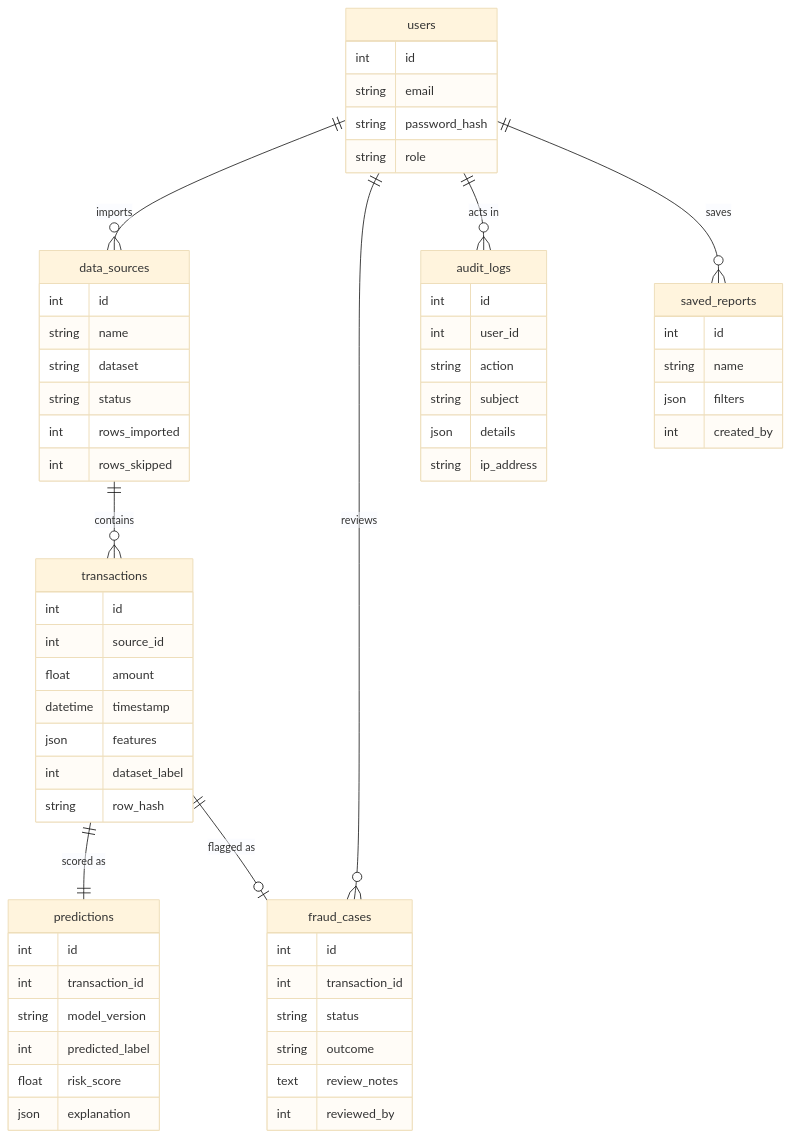
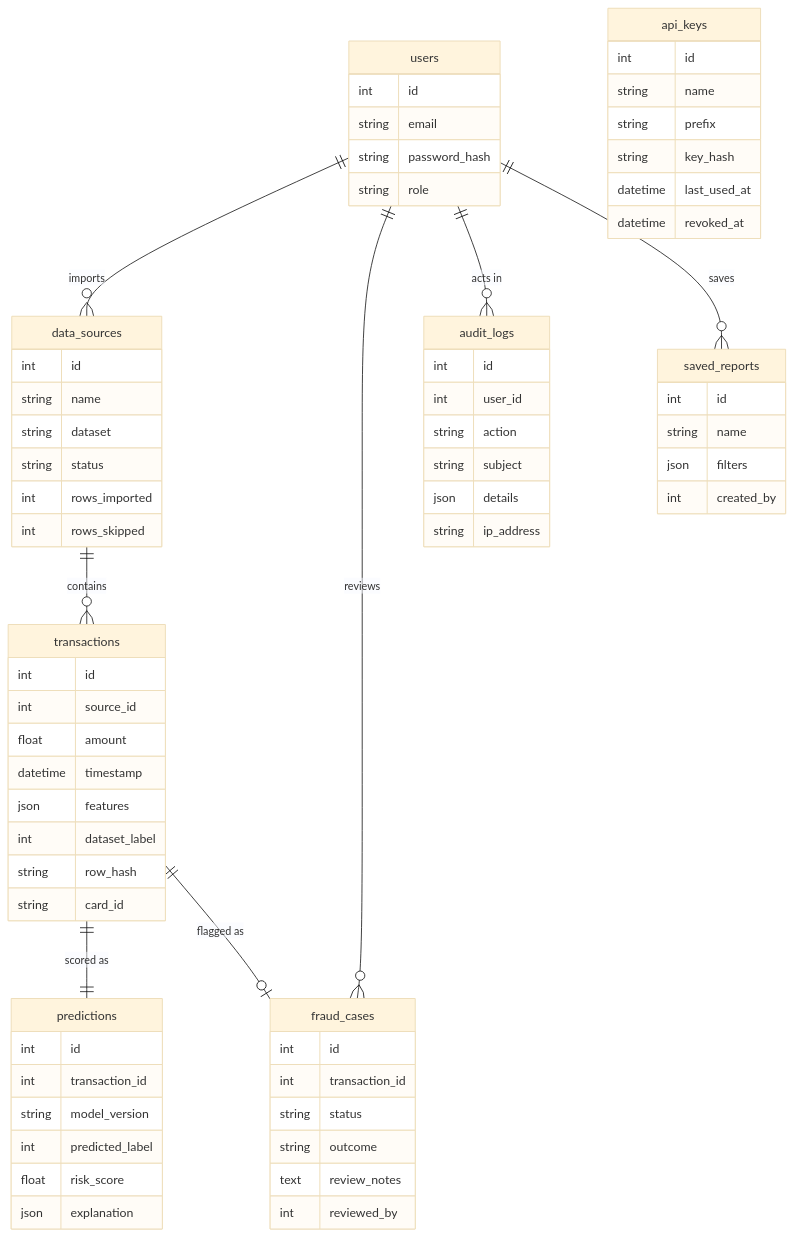
The third of 3 diagrams in docs/ARCHITECTURE.md (Im-manojkumar/Secure-Bank), drawn with Mermaid (base theme) before and after one commit. The commit also changed other lines of this file and 11 other files, not shown here.

````diff
--- a/docs/ARCHITECTURE.md
+++ b/docs/ARCHITECTURE.md
@@ -66,64 +66,73 @@
 ```mermaid
 erDiagram
     users ||--o{ data_sources : imports
     users ||--o{ fraud_cases : reviews
     users ||--o{ audit_logs : "acts in"
     users ||--o{ saved_reports : saves
     data_sources ||--o{ transactions : contains
     transactions ||--|| predictions : "scored as"
     transactions ||--o| fraud_cases : "flagged as"
 
     users {
         int id
         string email
         string password_hash
         string role
     }
     data_sources {
         int id
         string name
         string dataset
         string status
         int rows_imported
         int rows_skipped
     }
     transactions {
         int id
         int source_id
         float amount
         datetime timestamp
         json features
         int dataset_label
         string row_hash
+        string card_id
     }
     predictions {
         int id
         int transaction_id
         string model_version
         int predicted_label
         float risk_score
         json explanation
     }
     fraud_cases {
         int id
         int transaction_id
         string status
         string outcome
         text review_notes
         int reviewed_by
     }
     saved_reports {
         int id
         string name
         json filters
         int created_by
     }
+    api_keys {
+        int id
+        string name
+        string prefix
+        string key_hash
+        datetime last_used_at
+        datetime revoked_at
+    }
     audit_logs {
         int id
         int user_id
         string action
         string subject
         json details
         string ip_address
     }
 ```
````
